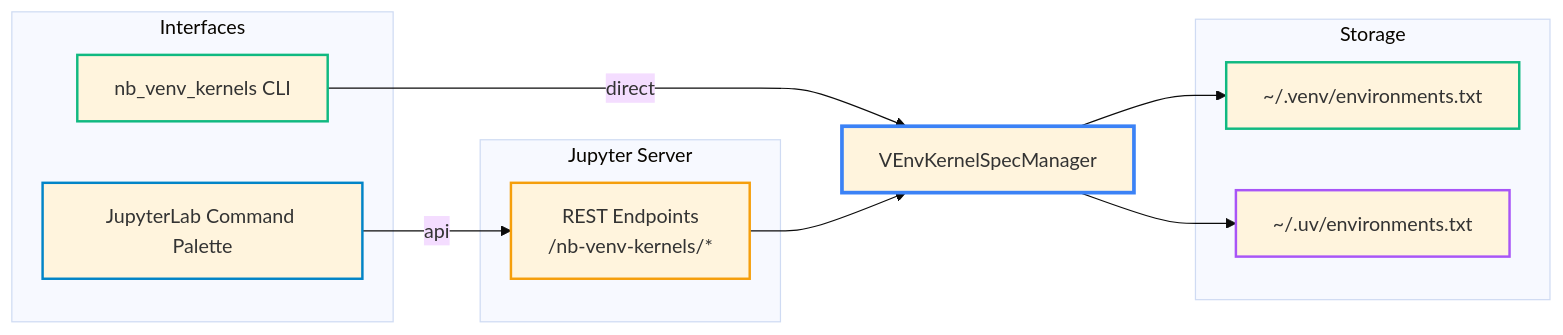
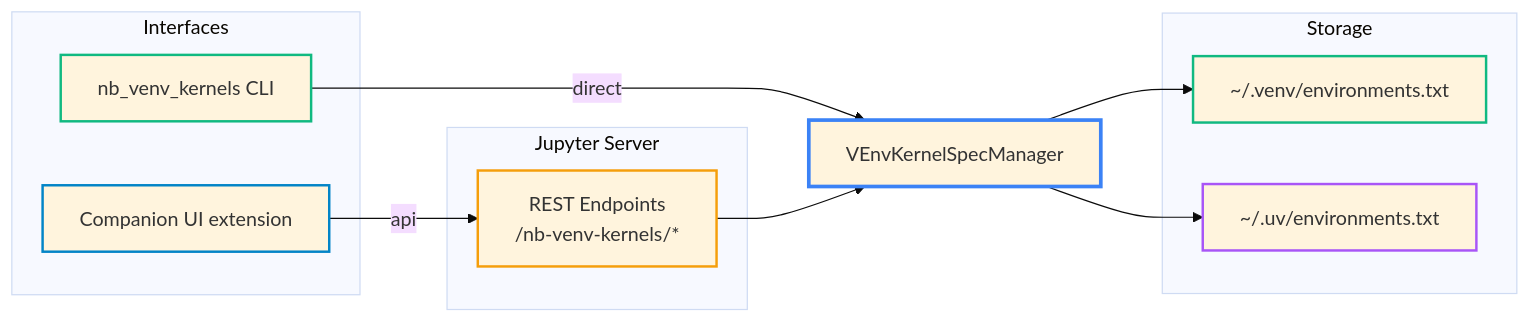
Before and after one commit to stellarshenson/nb_venv_kernels: the second of 2 diagrams in README.md, drawn with Mermaid (base theme). The commit also changed other lines of this file and 10 other files, not shown here.

First line of the commit message:
refactor: remove own kernel-menu and command-palette ui

````diff
--- a/README.md
+++ b/README.md
@@ -210,31 +201,31 @@
 ```mermaid
 flowchart LR
     subgraph Interfaces
         CLI[nb_venv_kernels CLI]
-        PAL[JupyterLab Command Palette]
+        UI[Companion UI extension]
     end
 
     subgraph Server[Jupyter Server]
         REST[REST Endpoints<br>/nb-venv-kernels/*]
     end
 
     MGR[VEnvKernelSpecManager]
 
     subgraph Storage
         VENV_REG[~/.venv/environments.txt]
         UV_REG[~/.uv/environments.txt]
     end
 
     CLI -->|direct| MGR
-    PAL -->|api| REST
+    UI -->|api| REST
     REST --> MGR
     MGR --> VENV_REG
     MGR --> UV_REG
 
     style CLI stroke:#10b981,stroke-width:2px
-    style PAL stroke:#0284c7,stroke-width:2px
+    style UI stroke:#0284c7,stroke-width:2px
     style REST stroke:#f59e0b,stroke-width:2px
     style MGR stroke:#3b82f6,stroke-width:3px
     style VENV_REG stroke:#10b981,stroke-width:2px
     style UV_REG stroke:#a855f7,stroke-width:2px
 ```
````
